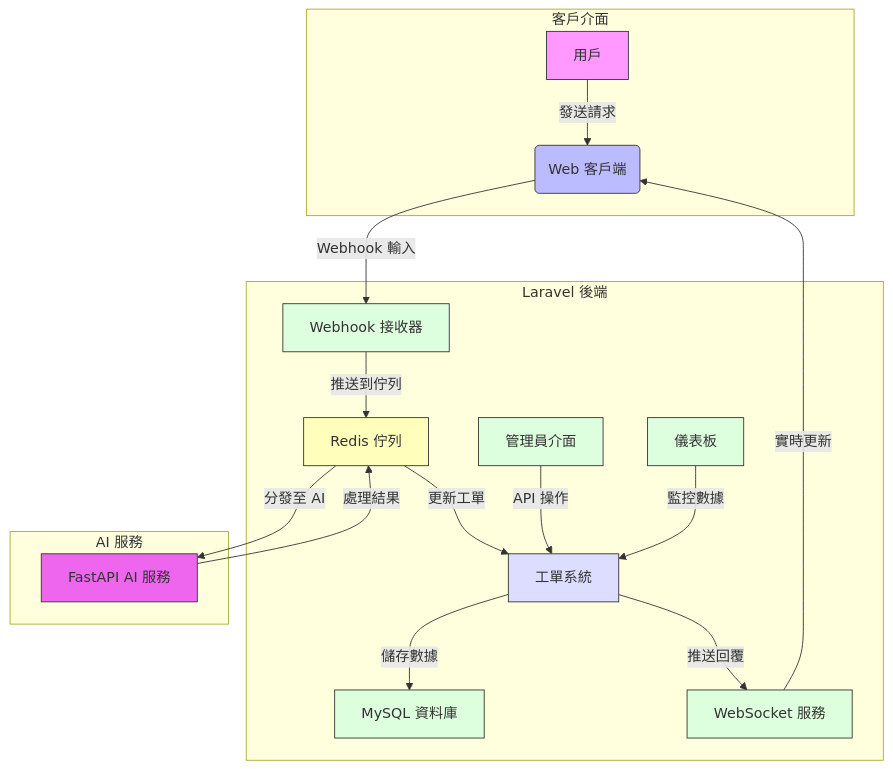
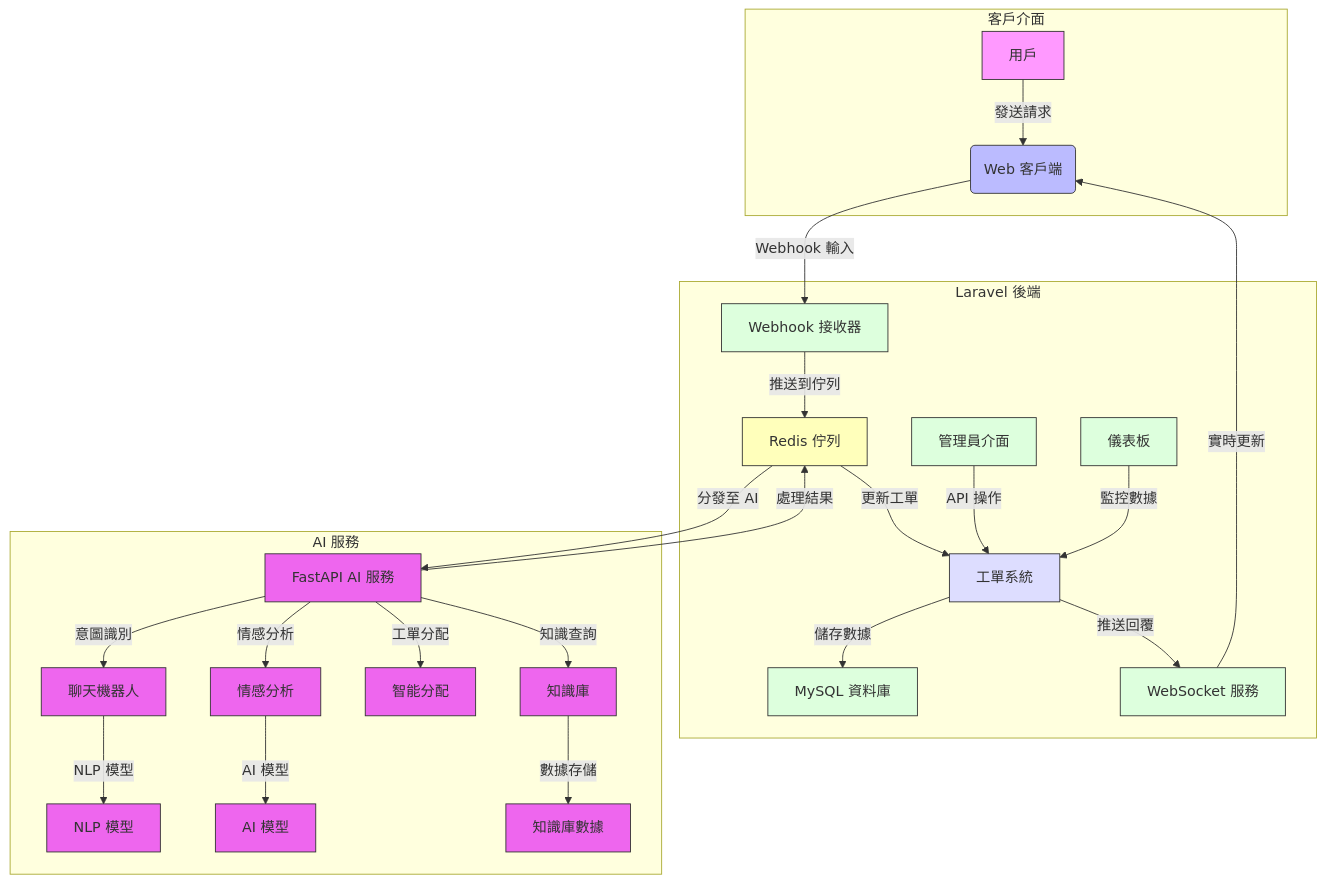
The diagram in README.md (BpsEason/smart-customer-support-system), drawn with Mermaid before and after one commit. The commit also changed other lines of this file, not shown here.

````diff
--- a/README.md
+++ b/README.md
@@ -145,44 +145,58 @@
 ```mermaid
 graph TD
     A[用戶] -->|發送請求| B(Web 客戶端)
     B -->|Webhook 輸入| C[Webhook 接收器]
     C -->|推送到佇列| D[Redis 佇列]
     D -->|分發至 AI| E[FastAPI AI 服務]
     E -->|處理結果| D
     D -->|更新工單| F[工單系統]
     F -->|儲存數據| G[MySQL 資料庫]
     F -->|推送回覆| H[WebSocket 服務]
     H -->|實時更新| B
     I[管理員介面] -->|API 操作| F
     J[儀表板] -->|監控數據| F
 
     subgraph 客戶介面
         A
         B
     end
 
     subgraph Laravel 後端
         C
         D
         F
         G
         H
         I
         J
     end
 
     subgraph AI 服務
         E
+        E -->|意圖識別| E1[聊天機器人]
+        E -->|情感分析| E2[情感分析]
+        E -->|工單分配| E3[智能分配]
+        E -->|知識查詢| E4[知識庫]
+        E1 -->|NLP 模型| E5[NLP 模型]
+        E2 -->|AI 模型| E6[AI 模型]
+        E4 -->|數據存儲| E7[知識庫數據]
     end
 
     style A fill:#f9f,stroke:#333
     style B fill:#bbf,stroke:#333
     style C fill:#dfd,stroke:#333
     style D fill:#ffb,stroke:#333
     style E fill:#e6e,stroke:#333
     style F fill:#ddf,stroke:#333
     style G fill:#dfd,stroke:#333
     style H fill:#dfd,stroke:#333
     style I fill:#dfd,stroke:#333
     style J fill:#dfd,stroke:#333
+    style E1 fill:#e6e,stroke:#333
+    style E2 fill:#e6e,stroke:#333
+    style E3 fill:#e6e,stroke:#333
+    style E4 fill:#e6e,stroke:#333
+    style E5 fill:#e6e,stroke:#333
+    style E6 fill:#e6e,stroke:#333
+    style E7 fill:#e6e,stroke:#333
 ```
````
